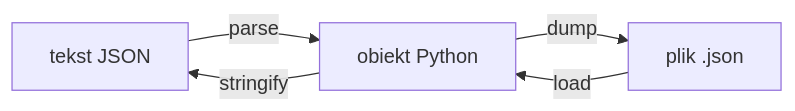
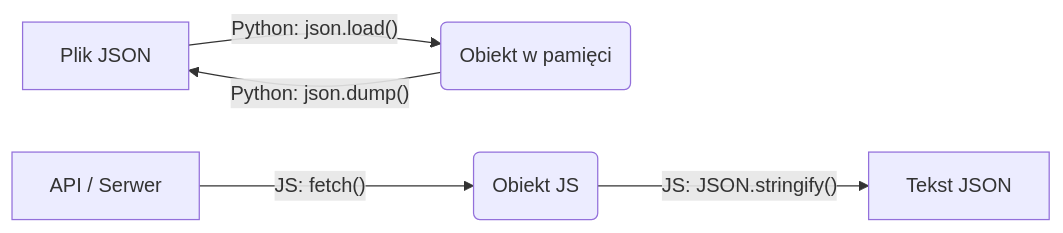
The diagram in labs/lab12.md (zacniewski/materials-about-markup-and-scripting-languages), drawn with Mermaid before and after one commit. The commit also changed other lines of this file and 1 other file, not shown here.

````diff
--- a/labs/lab12.md
+++ b/labs/lab12.md
@@ -13,7 +24,7 @@
 ```mermaid
 graph LR
-  T[tekst JSON] -- parse --> O[obiekt Python]
-  O -- stringify --> T
-  O -- dump --> P[plik .json]
-  P -- load --> O
+    A[Plik JSON] -- "Python: json.load()" --> B(Obiekt w pamięci)
+    B -- "Python: json.dump()" --> A
+    C[API / Serwer] -- "JS: fetch()" --> D(Obiekt JS)
+    D -- "JS: JSON.stringify()" --> E[Tekst JSON]
 ```
````
